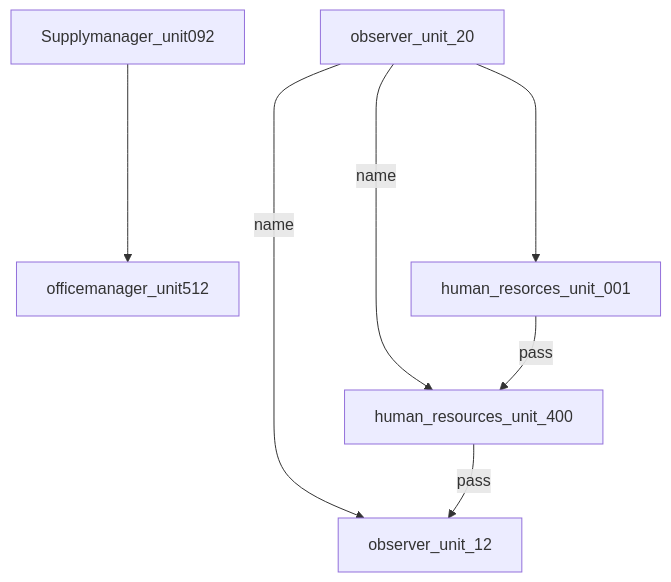
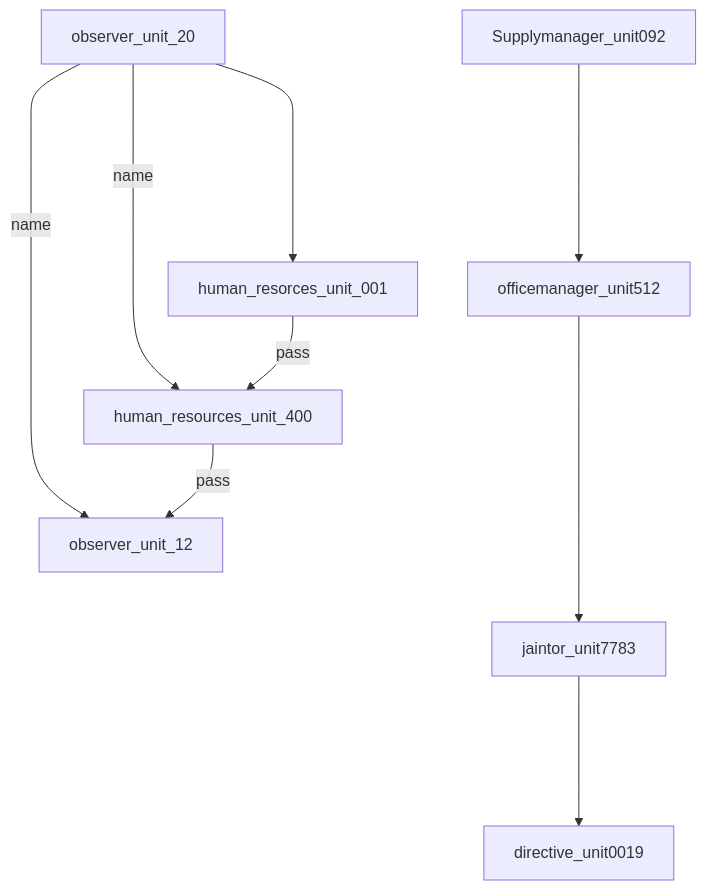
One commit to 3ncy/ARRS-s5 changed the diagram in README.md. Above: the diagram before and after it, drawn with Mermaid. The commit also changed other lines of this file and 1 other file, not shown here.

Commit message:
add jaintor_unit7783

````diff
--- a/README.md
+++ b/README.md
@@ -13,10 +16,12 @@
 ```mermaid
 graph TD;
     observer_unit_20 --name--> observer_unit_12;
     observer_unit_20 --name--> human_resources_unit_400;
     observer_unit_20 ----> human_resorces_unit_001;
     human_resorces_unit_001 --pass--> human_resources_unit_400
     human_resources_unit_400 --pass--> observer_unit_12
 
     Supplymanager_unit092 ----> officemanager_unit512
+    officemanager_unit512 ----> jaintor_unit7783
+    jaintor_unit7783 ----> directive_unit0019
 ```
````
